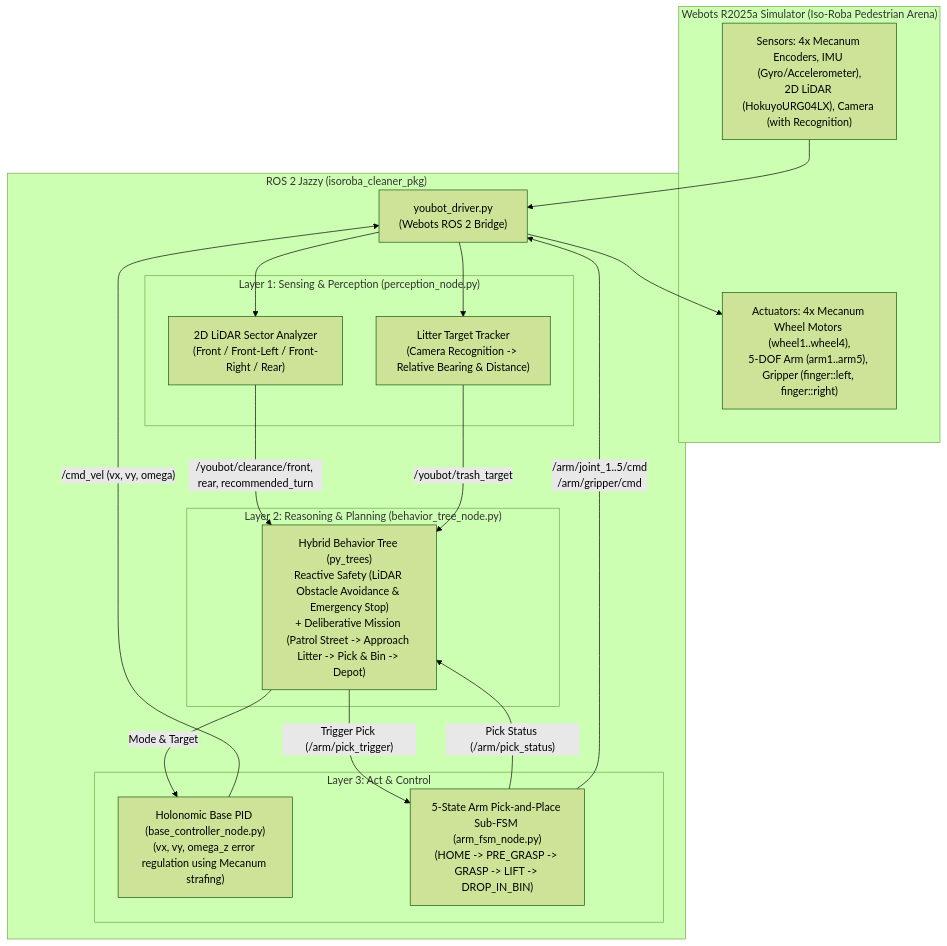
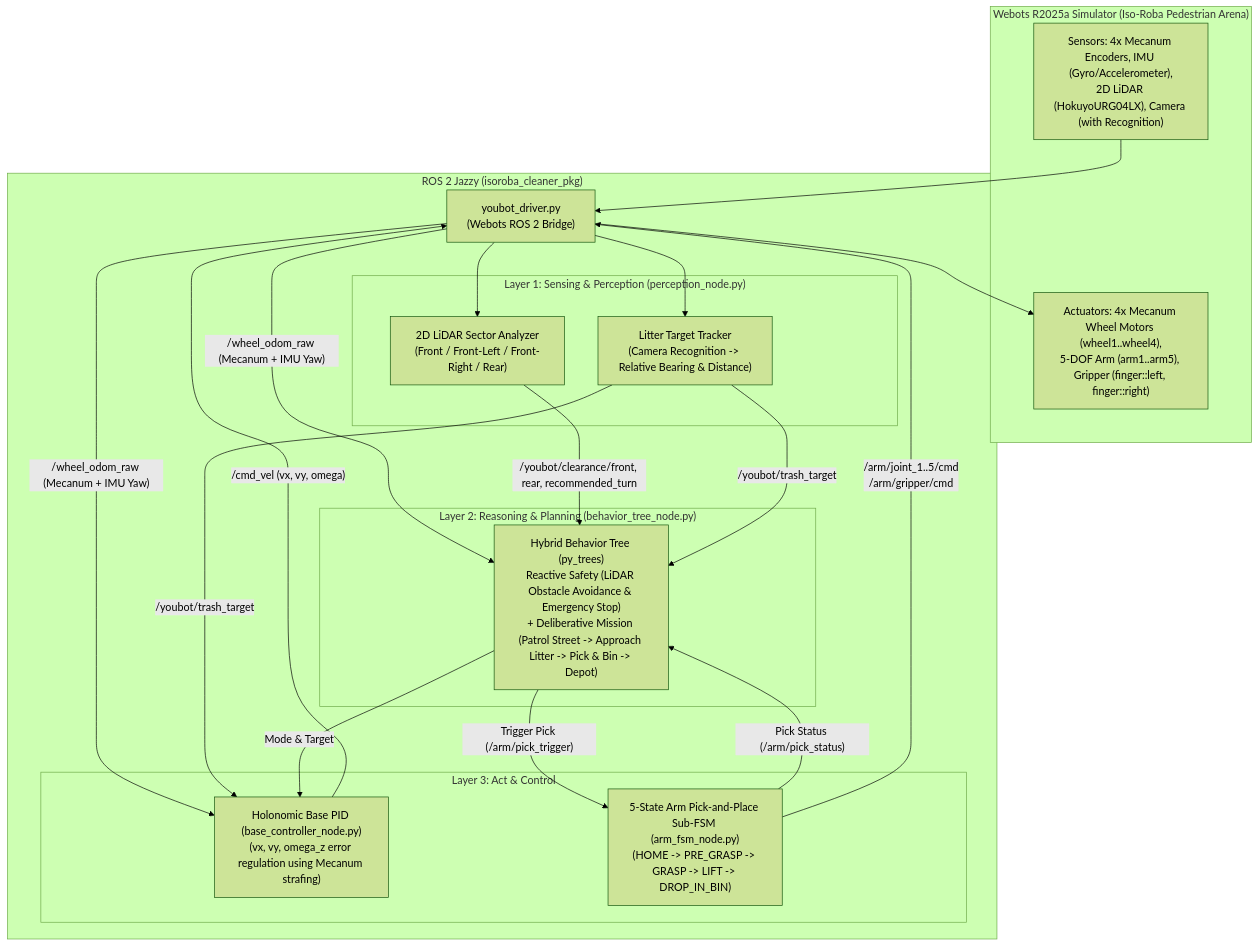
One commit to nissev/TEKS4430_Autumn-2026_project changed the diagram in docs/ARCHITECTURE.md. Above: the diagram before and after it, drawn with Mermaid (forest theme). The commit also changed other lines of this file and 13 other files, not shown here.

````diff
--- a/docs/ARCHITECTURE.md
+++ b/docs/ARCHITECTURE.md
@@ -21,40 +21,43 @@
 ```mermaid
 flowchart TD
     subgraph Webots["Webots R2025a Simulator (Iso-Roba Pedestrian Arena)"]
         Sensors["Sensors: 4x Mecanum Encoders, IMU (Gyro/Accelerometer),\n2D LiDAR (HokuyoURG04LX), Camera (with Recognition)"]
         Actuators["Actuators: 4x Mecanum Wheel Motors (wheel1..wheel4),\n5-DOF Arm (arm1..arm5), Gripper (finger::left, finger::right)"]
     end
 
     subgraph ROS2["ROS 2 Jazzy (isoroba_cleaner_pkg)"]
         Driver["youbot_driver.py\n(Webots ROS 2 Bridge)"]
 
         subgraph Layer1["Layer 1: Sensing & Perception (perception_node.py)"]
             LidarProc["2D LiDAR Sector Analyzer\n(Front / Front-Left / Front-Right / Rear)"]
             CamRec["Litter Target Tracker\n(Camera Recognition -> Relative Bearing & Distance)"]
         end
 
         subgraph Layer2["Layer 2: Reasoning & Planning (behavior_tree_node.py)"]
             BT["Hybrid Behavior Tree (py_trees)\nReactive Safety (LiDAR Obstacle Avoidance & Emergency Stop)\n+ Deliberative Mission (Patrol Street -> Approach Litter -> Pick & Bin -> Depot)"]
         end
 
         subgraph Layer3["Layer 3: Act & Control"]
             BasePID["Holonomic Base PID (base_controller_node.py)\n(vx, vy, omega_z error regulation using Mecanum strafing)"]
             ArmFSM["5-State Arm Pick-and-Place Sub-FSM (arm_fsm_node.py)\n(HOME -> PRE_GRASP -> GRASP -> LIFT -> DROP_IN_BIN)"]
         end
     end
 
     Sensors --> Driver
     Driver --> LidarProc
     Driver --> CamRec
+    Driver -->|"/wheel_odom_raw (Mecanum + IMU Yaw)"| BT
+    Driver -->|"/wheel_odom_raw (Mecanum + IMU Yaw)"| BasePID
 
     LidarProc -->|"/youbot/clearance/front, rear, recommended_turn"| BT
     CamRec -->|"/youbot/trash_target"| BT
+    CamRec -->|"/youbot/trash_target"| BasePID
 
     BT -->|"Mode & Target"| BasePID
     BT -->|"Trigger Pick (/arm/pick_trigger)"| ArmFSM
     ArmFSM -->|"Pick Status (/arm/pick_status)"| BT
 
     BasePID -->|"/cmd_vel (vx, vy, omega)"| Driver
     ArmFSM -->|"/arm/joint_1..5/cmd\n/arm/gripper/cmd"| Driver
     Driver --> Actuators
 ```
````
